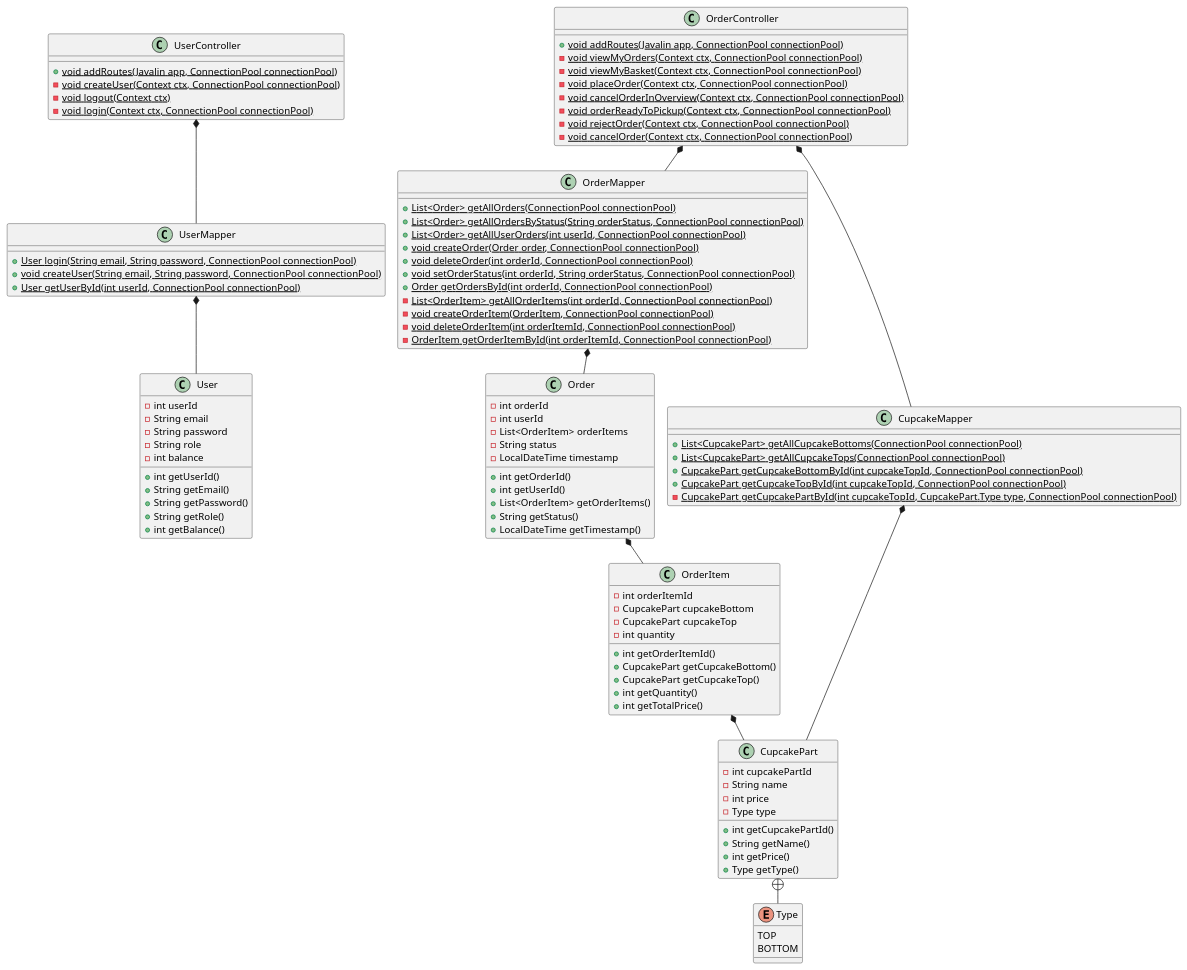
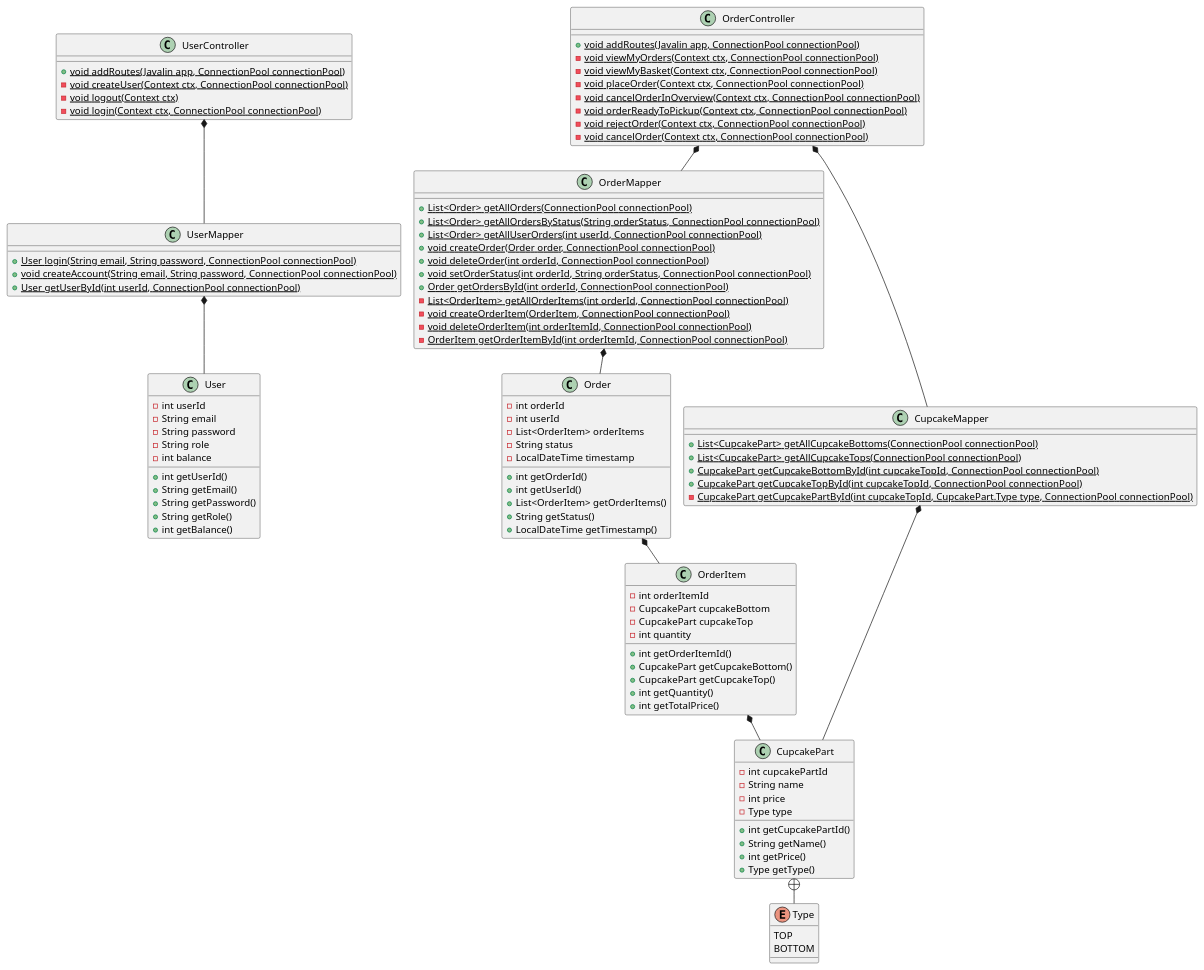
One commit to Shiihon/Dat2_Cupcake changed the diagram in doc/static/class diagrams/classdiagram.puml. Above: the diagram before and after it, drawn with PlantUML. The commit also changed 1 other file, not shown here.

```diff
--- a/doc/static/class diagrams/classdiagram.puml
+++ b/doc/static/class diagrams/classdiagram.puml
@@ -1,124 +1,124 @@
 @startuml
 'https://plantuml.com/class-diagram
 
 !pragma layout smetana
 
 class UserController {
 + {static} void addRoutes(Javalin app, ConnectionPool connectionPool)
 - {static} void createUser(Context ctx, ConnectionPool connectionPool)
 - {static} void logout(Context ctx)
 - {static} void login(Context ctx, ConnectionPool connectionPool)
 }
 
 class OrderController {
 + {static} void addRoutes(Javalin app, ConnectionPool connectionPool)
 - {static} void viewMyOrders(Context ctx, ConnectionPool connectionPool)
 - {static} void viewMyBasket(Context ctx, ConnectionPool connectionPool)
 - {static} void placeOrder(Context ctx, ConnectionPool connectionPool)
 - {static} void cancelOrderInOverview(Context ctx, ConnectionPool connectionPool)
 - {static} void orderReadyToPickup(Context ctx, ConnectionPool connectionPool)
 - {static} void rejectOrder(Context ctx, ConnectionPool connectionPool)
 - {static} void cancelOrder(Context ctx, ConnectionPool connectionPool)
 }
 
 class UserMapper {
 + {static} User login(String email, String password, ConnectionPool connectionPool)
-+ {static} void createUser(String email, String password, ConnectionPool connectionPool)
++ {static} void createAccount(String email, String password, ConnectionPool connectionPool)
 + {static} User getUserById(int userId, ConnectionPool connectionPool)
 }
 
 class OrderMapper {
 + {static} List<Order> getAllOrders(ConnectionPool connectionPool)
 + {static} List<Order> getAllOrdersByStatus(String orderStatus, ConnectionPool connectionPool)
 + {static} List<Order> getAllUserOrders(int userId, ConnectionPool connectionPool)
 + {static} void createOrder(Order order, ConnectionPool connectionPool)
 + {static} void deleteOrder(int orderId, ConnectionPool connectionPool)
 + {static} void setOrderStatus(int orderId, String orderStatus, ConnectionPool connectionPool)
 + {static} Order getOrdersById(int orderId, ConnectionPool connectionPool)
 - {static} List<OrderItem> getAllOrderItems(int orderId, ConnectionPool connectionPool)
 - {static} void createOrderItem(OrderItem, ConnectionPool connectionPool)
 - {static} void deleteOrderItem(int orderItemId, ConnectionPool connectionPool)
 - {static} OrderItem getOrderItemById(int orderItemId, ConnectionPool connectionPool)
 }
 
 class CupcakeMapper {
 + {static} List<CupcakePart> getAllCupcakeBottoms(ConnectionPool connectionPool)
 + {static} List<CupcakePart> getAllCupcakeTops(ConnectionPool connectionPool)
 + {static} CupcakePart getCupcakeBottomById(int cupcakeTopId, ConnectionPool connectionPool)
 + {static} CupcakePart getCupcakeTopById(int cupcakeTopId, ConnectionPool connectionPool)
 - {static} CupcakePart getCupcakePartById(int cupcakeTopId, CupcakePart.Type type, ConnectionPool connectionPool)
 }
 
 class User {
 - int userId
 - String email
 - String password
 - String role
 - int balance
 
 + int getUserId()
 + String getEmail()
 + String getPassword()
 + String getRole()
 + int getBalance()
 }
 
 class Order {
 - int orderId
 - int userId
 - List<OrderItem> orderItems
 - String status
 - LocalDateTime timestamp
 
 + int getOrderId()
 + int getUserId()
 + List<OrderItem> getOrderItems()
 + String getStatus()
 + LocalDateTime getTimestamp()
 }
 
 class OrderItem {
 - int orderItemId
 - CupcakePart cupcakeBottom
 - CupcakePart cupcakeTop
 - int quantity
 
 + int getOrderItemId()
 + CupcakePart getCupcakeBottom()
 + CupcakePart getCupcakeTop()
 + int getQuantity()
 + int getTotalPrice()
 }
 
 class CupcakePart {
 - int cupcakePartId
 - String name
 - int price
 - Type type
 
 + int getCupcakePartId()
 + String getName()
 + int getPrice()
 + Type getType()
 }
 
 enum Type {
 TOP
 BOTTOM
 }
 
 UserController *-- UserMapper
 OrderController *-- OrderMapper
 OrderController *-- CupcakeMapper
 
 UserMapper *-- User
 OrderMapper *-- Order
 CupcakeMapper *-- CupcakePart
 
 Order *-- OrderItem
 
 OrderItem *-- CupcakePart
 
 CupcakePart +-- Type
 
 @enduml
```
